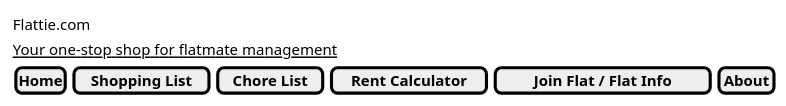
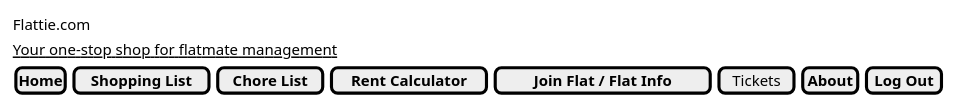
One commit to TobyMunyard/flattie changed the diagram in src/main/mockups/signedIn(flatmate).puml. Above: the diagram before and after it, drawn with PlantUML. The commit also changed 1 other file, not shown here.

```diff
--- a/src/main/mockups/signedIn(flatmate).puml
+++ b/src/main/mockups/signedIn(flatmate).puml
@@ -1,9 +1,9 @@
 @startsalt SignedInFlatmate
 {
     {Flattie.com}
     {<u>Your one-stop shop for flatmate management}
     {
-        [<b>Home] | [<b>Shopping List] | [<b>Chore List] | [<b>Rent Calculator] | [<b>Join Flat / Flat Info] |[<b>About]
+        [<b>Home] | [<b>Shopping List] | [<b>Chore List] | [<b>Rent Calculator] | [<b>Join Flat / Flat Info] | [Tickets] | [<b>About] | [<b>Log Out]
     }
 }
 @endsalt
```
